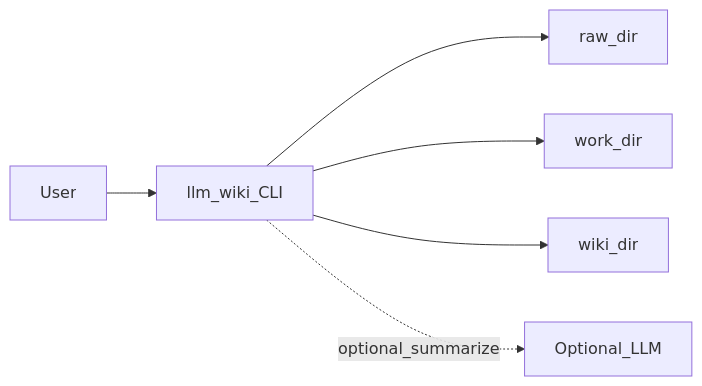
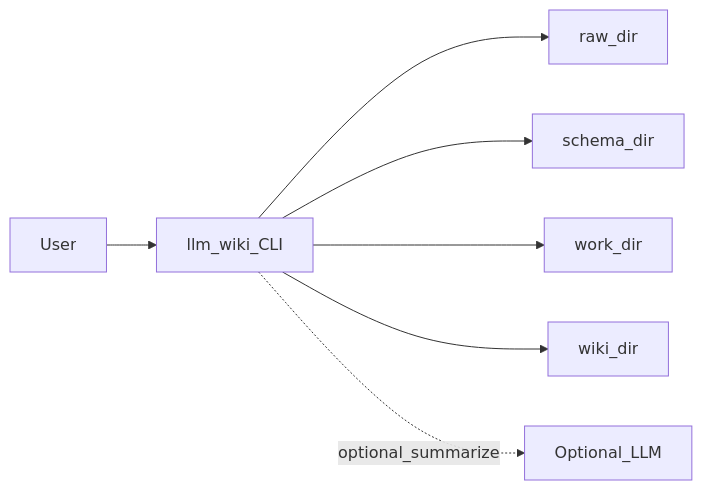
One commit to tkevyn11/kevllm-wiki changed the diagram in docs/ARCHITECTURE.md. Above: the diagram before and after it, drawn with Mermaid. The commit also changed other lines of this file and 26 other files, not shown here.

````diff
--- a/docs/ARCHITECTURE.md
+++ b/docs/ARCHITECTURE.md
@@ -12,14 +12,16 @@
 ```mermaid
 flowchart LR
   user[User]
   cli[llm_wiki_CLI]
   raw[raw_dir]
+  schema[schema_dir]
   work[work_dir]
   wiki[wiki_dir]
   llm[Optional_LLM]
   user --> cli
   cli --> raw
+  cli --> schema
   cli --> work
   cli --> wiki
   cli -.->|"optional_summarize"| llm
 ```
````
